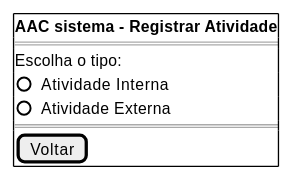
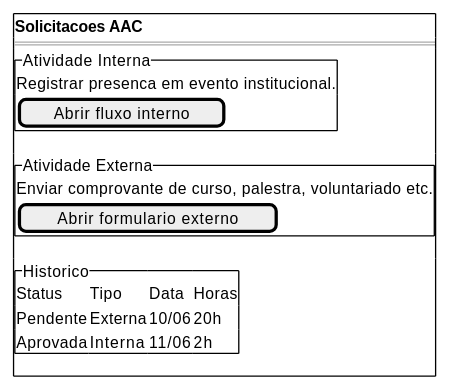
Before and after one commit to Projetos-de-Extensao/PECD1_26.1_8001_II: the fifth of 13 diagrams in docs/_Design Thinking/prototipo_baixa_fidelidade.md, drawn with PlantUML. The commit also changed other lines of this file, not shown here.

````diff
--- a/docs/_Design Thinking/prototipo_baixa_fidelidade.md
+++ b/docs/_Design Thinking/prototipo_baixa_fidelidade.md
@@ -73,13 +169,23 @@
 ```plantuml
 @startsalt
 {+
-<b>AAC sistema - Registrar Atividade
+<b>Solicitacoes AAC
 ==
-Escolha o tipo:
-() Atividade Interna
-() Atividade Externa
-==
-[Voltar]
+{^"Atividade Interna"
+Registrar presenca em evento institucional.
+[Abrir fluxo interno]
+}
+
+{^"Atividade Externa"
+Enviar comprovante de curso, palestra, voluntariado etc.
+[Abrir formulario externo]
+}
+
+{^"Historico"
+Status | Tipo | Data | Horas
+Pendente | Externa | 10/06 | 20h
+Aprovada | Interna | 11/06 | 2h
+}
 }
 @endsalt
 ```
````
